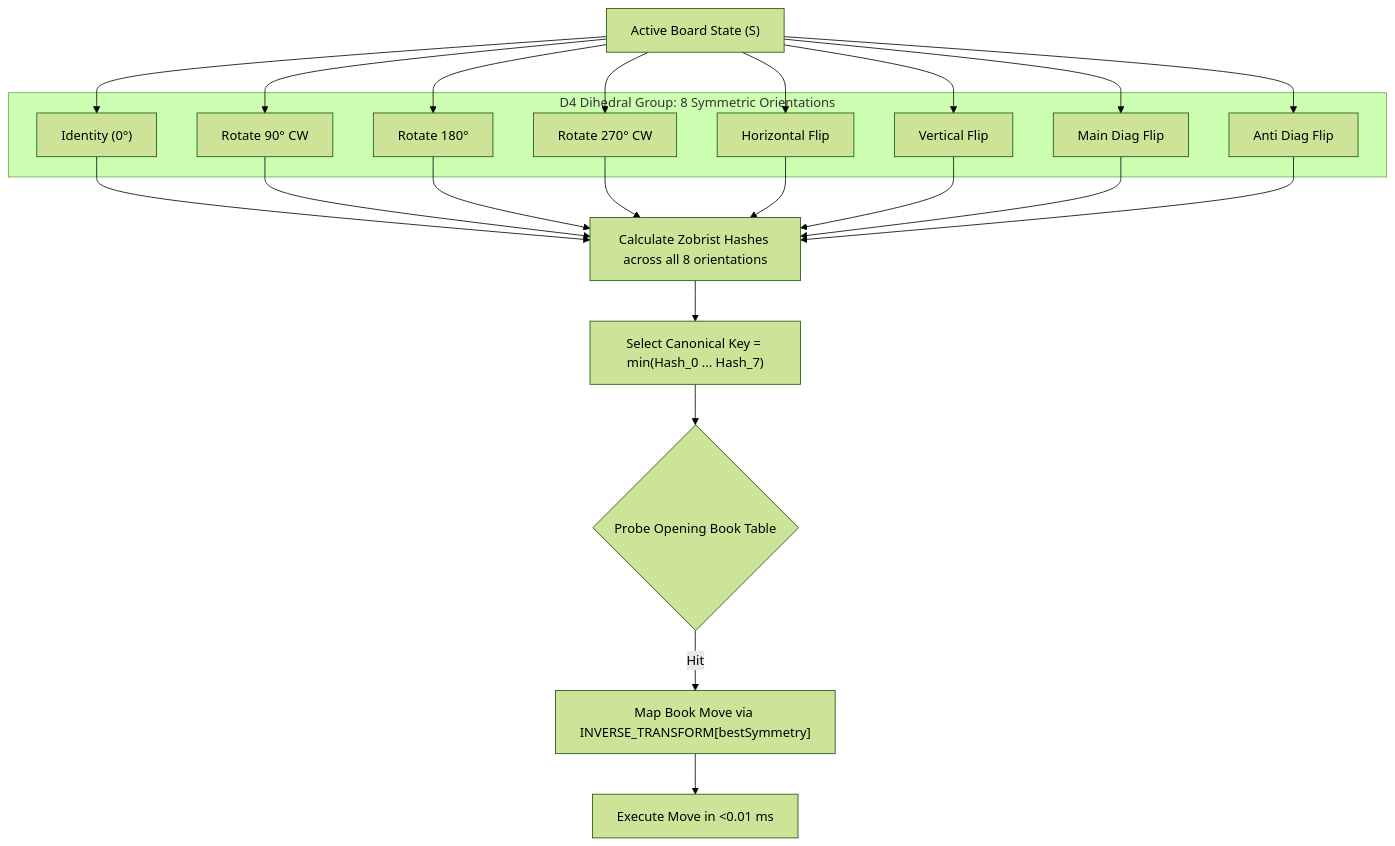
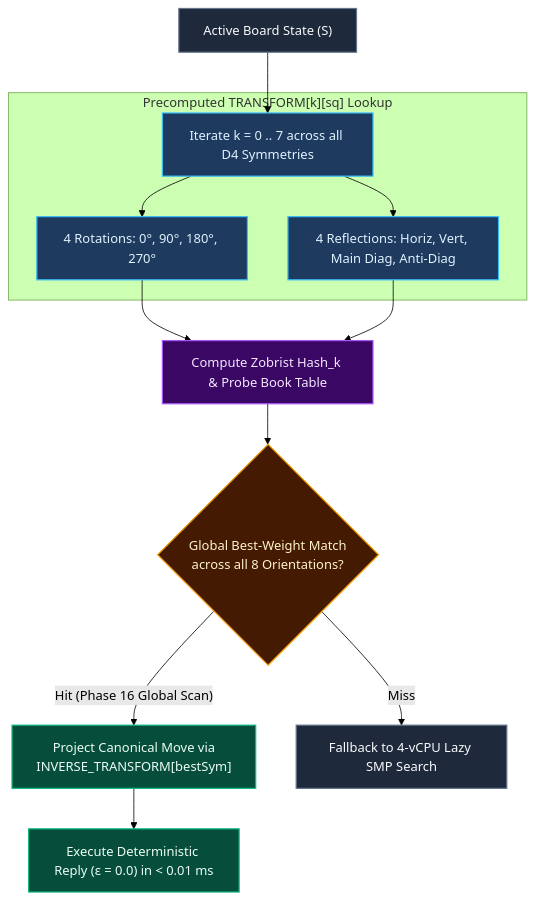
The diagram in docs/wiki/04-Opening-Book-and-Dihedral-Symmetry.md (MercuryDCD/Tablut-FundamentalsAIMASTER), drawn with Mermaid (forest theme) before and after one commit. The commit also changed other lines of this file and 14 other files, not shown here.

Commit message:
docs: upgrade README and wiki with vector SVG diagrams and styled Mermaid charts

````diff
--- a/docs/wiki/04-Opening-Book-and-Dihedral-Symmetry.md
+++ b/docs/wiki/04-Opening-Book-and-Dihedral-Symmetry.md
@@ -56,36 +42,23 @@
 ```mermaid
 flowchart TD
-    subgraph "D4 Dihedral Group: 8 Symmetric Orientations"
-        A["Identity (0°)"]
-        B["Rotate 90° CW"]
-        C["Rotate 180°"]
-        D["Rotate 270° CW"]
-        E["Horizontal Flip"]
-        F["Vertical Flip"]
-        G["Main Diag Flip"]
-        H["Anti Diag Flip"]
+    classDef state fill:#1e293b,stroke:#64748b,color:#f8fafc,stroke-width:1.5px
+    classDef sym fill:#1e3a5f,stroke:#38bdf8,color:#e0f2fe,stroke-width:1.5px
+    classDef probe fill:#3b0764,stroke:#a855f7,color:#f3e8ff,stroke-width:1.5px
+    classDef dec fill:#451a03,stroke:#f59e0b,color:#fef3c7,stroke-width:1.5px
+    classDef fast fill:#064e3b,stroke:#10b981,color:#ecfdf5,stroke-width:1.5px
+
+    RawState["Active Board State (S)"]:::state --> Loop["Iterate k = 0 .. 7 across all D4 Symmetries"]:::sym
+
+    subgraph D4["Precomputed TRANSFORM[k][sq] Lookup"]
+        Loop --> Rot["4 Rotations: 0°, 90°, 180°, 270°"]:::sym
+        Loop --> Ref["4 Reflections: Horiz, Vert, Main Diag, Anti-Diag"]:::sym
     end
 
-    RawState["Active Board State (S)"] --> A
-    RawState --> B
-    RawState --> C
-    RawState --> D
-    RawState --> E
-    RawState --> F
-    RawState --> G
-    RawState --> H
+    Rot --> HashCalc["Compute Zobrist Hash_k &amp; Probe Book Table"]:::probe
+    Ref --> HashCalc
 
-    A --> HashCalc["Calculate Zobrist Hashes across all 8 orientations"]
-    B --> HashCalc
-    C --> HashCalc
-    D --> HashCalc
-    E --> HashCalc
-    F --> HashCalc
-    G --> HashCalc
-    H --> HashCalc
-
-    HashCalc --> MinKey["Select Canonical Key = min(Hash_0 ... Hash_7)"]
-    MinKey --> ProbeBook{"Probe Opening Book Table"}
-    ProbeBook -- "Hit" --> MapBack["Map Book Move via INVERSE_TRANSFORM[bestSymmetry]"]
-    MapBack --> BestMove["Execute Move in <0.01 ms"]
+    HashCalc --> BestScan{"Global Best-Weight Match<br/>across all 8 Orientations?"}:::dec
+    BestScan -- "Hit (Phase 16 Global Scan)" --> MapBack["Project Canonical Move via<br/>INVERSE_TRANSFORM[bestSym]"]:::fast
+    MapBack --> BestMove["Execute Deterministic Reply (ε = 0.0) in < 0.01 ms"]:::fast
+    BestScan -- "Miss" --> Fallback["Fallback to 4-vCPU Lazy SMP Search"]:::state
 ```
````
